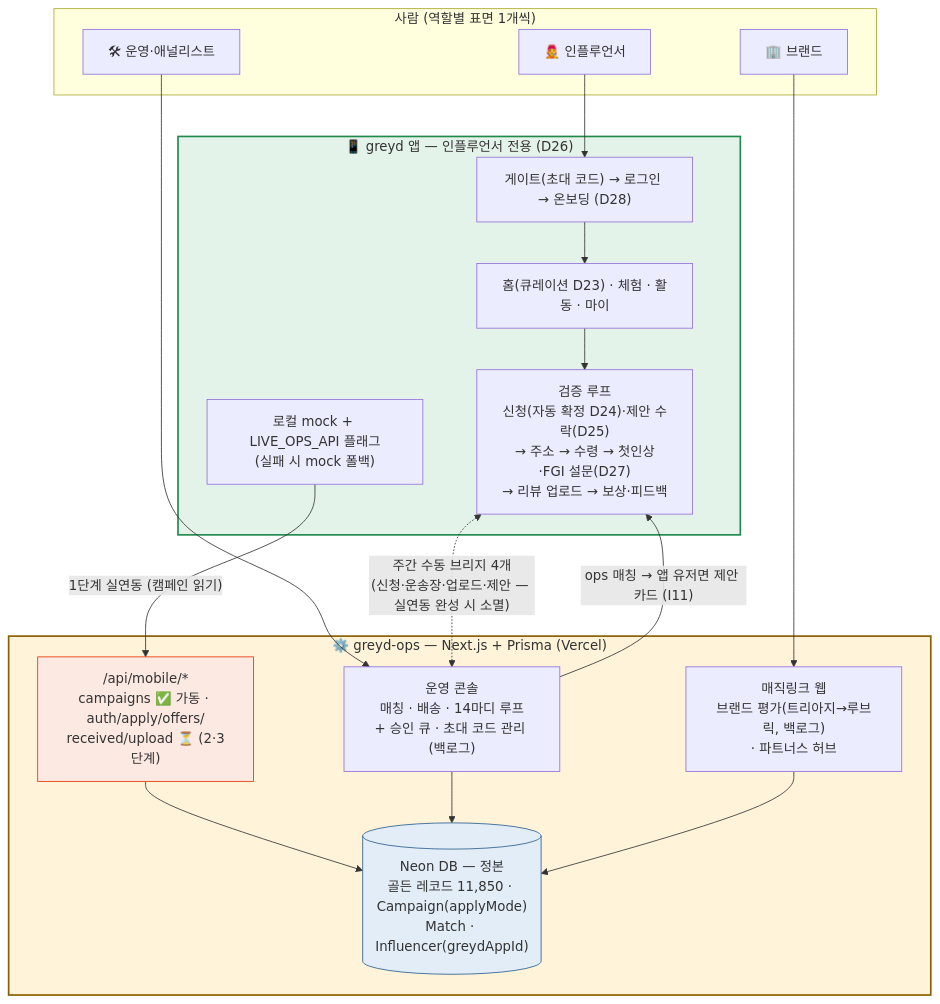
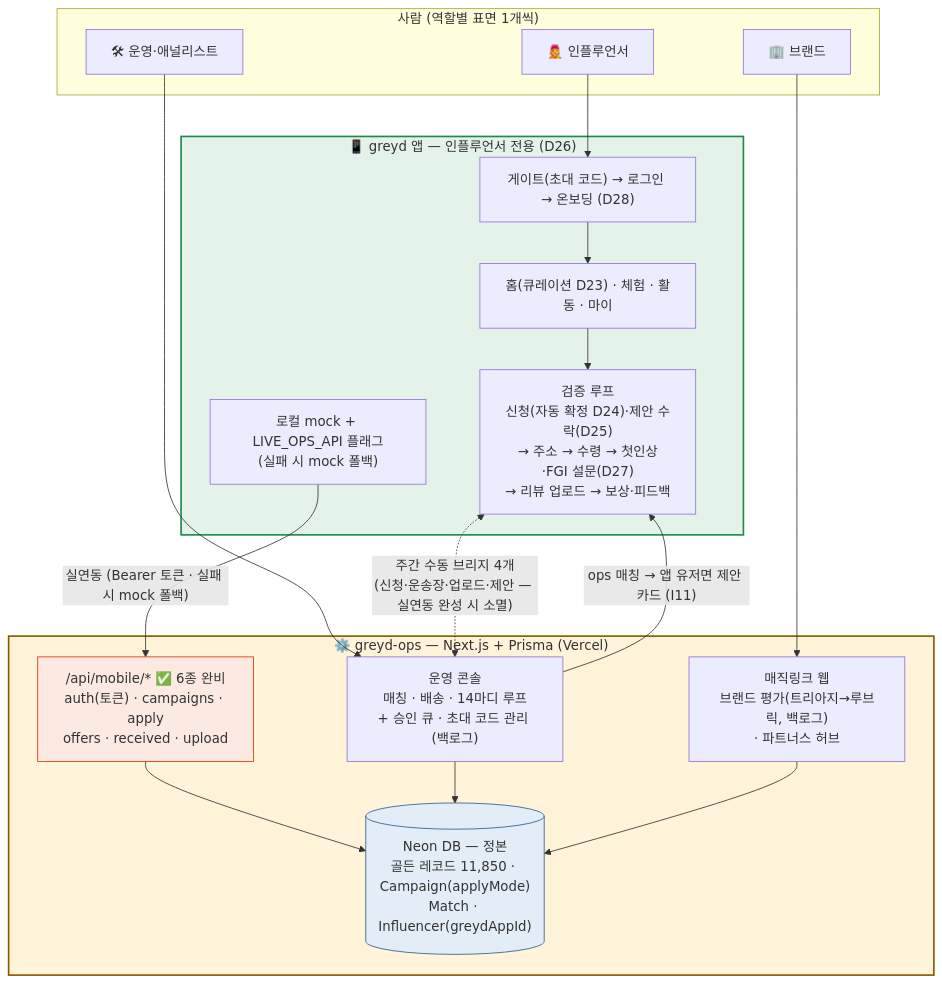
One commit to arbaimauto-creator/app changed the first of 12 diagrams in docs/superpowers/specs/2026-08-10-app-ops-alignment-diagrams.md. Above: the diagram before and after it, drawn with Mermaid. The commit also changed other lines of this file and 11 other files, not shown here.

First line of the commit message:
feat: Phase 1.5 3단계 앱 배선 — 게이트 실인증·Bearer 토큰·제안 실연동

````diff
--- a/docs/superpowers/specs/2026-08-10-app-ops-alignment-diagrams.md
+++ b/docs/superpowers/specs/2026-08-10-app-ops-alignment-diagrams.md
@@ -12,38 +12,38 @@
 ```mermaid
 flowchart TB
     subgraph PEOPLE["사람 (역할별 표면 1개씩)"]
         INF["🧑‍🎤 인플루언서"]
         BRAND["🏢 브랜드"]
         OPER["🛠 운영·애널리스트"]
     end
 
     subgraph APP["📱 greyd 앱 — 인플루언서 전용 (D26)"]
         FLOW["게이트(초대 코드) → 로그인 → 온보딩 (D28)"]
         TABS["홈(큐레이션 D23) · 체험 · 활동 · 마이"]
         LOOP["검증 루프<br/>신청(자동 확정 D24)·제안 수락(D25)<br/>→ 주소 → 수령 → 첫인상·FGI 설문(D27)<br/>→ 리뷰 업로드 → 보상·피드백"]
         DATA["로컬 mock + LIVE_OPS_API 플래그<br/>(실패 시 mock 폴백)"]
         FLOW --> TABS --> LOOP
     end
 
     subgraph OPS["⚙️ greyd-ops — Next.js + Prisma (Vercel)"]
-        MAPI["/api/mobile/*<br/>campaigns ✅ 가동 · auth/apply/offers/<br/>received/upload ⏳ (2·3단계)"]
+        MAPI["/api/mobile/* ✅ 6종 완비<br/>auth(토큰) · campaigns · apply<br/>offers · received · upload"]
         CONSOLE["운영 콘솔<br/>매칭 · 배송 · 14마디 루프<br/>+ 승인 큐 · 초대 코드 관리 (백로그)"]
         MAGIC["매직링크 웹<br/>브랜드 평가(트리아지→루브릭, 백로그)<br/>· 파트너스 허브"]
         DB[("Neon DB — 정본<br/>골든 레코드 11,850 · Campaign(applyMode)<br/>Match · Influencer(greydAppId)")]
         MAPI --> DB
         CONSOLE --> DB
         MAGIC --> DB
     end
 
     INF --> FLOW
     BRAND --> MAGIC
     OPER --> CONSOLE
-    DATA -- "1단계 실연동 (캠페인 읽기)" --> MAPI
+    DATA -- "실연동 (Bearer 토큰 · 실패 시 mock 폴백)" --> MAPI
     LOOP <-. "주간 수동 브리지 4개<br/>(신청·운송장·업로드·제안 — 실연동 완성 시 소멸)" .-> CONSOLE
     CONSOLE -- "ops 매칭 → 앱 유저면 제안 카드 (I11)" --> LOOP
 
     style APP fill:#E4F3E9,stroke:#1F8A4C,stroke-width:2px
     style OPS fill:#FFF3D9,stroke:#8A5D00,stroke-width:2px
     style DB fill:#E3EDF7,stroke:#2B5E8E
     style MAPI fill:#FCE9E2,stroke:#E53400
 ```
````
